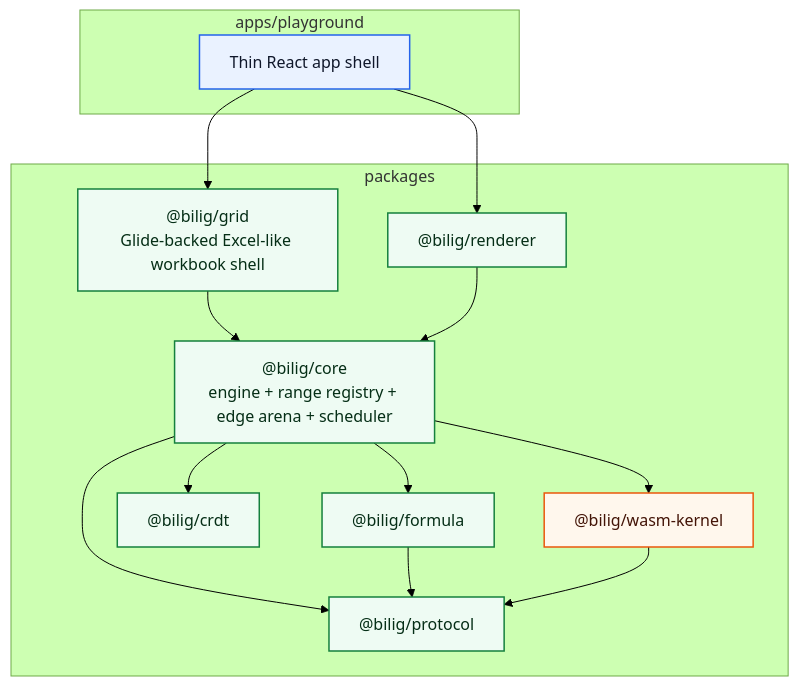
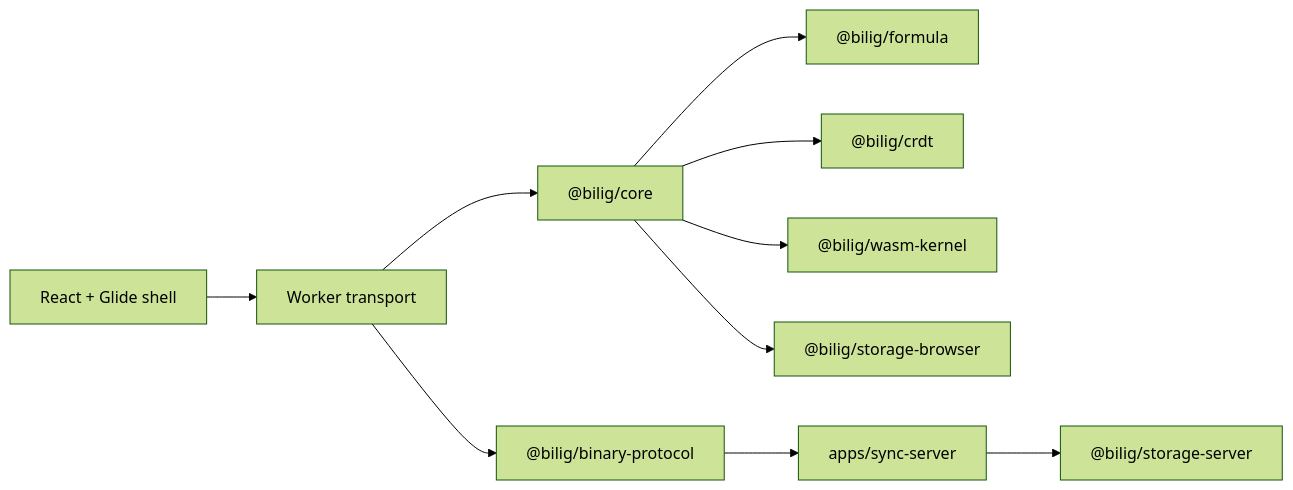
The diagram in docs/architecture.md (proompteng/bilig), drawn with Mermaid (forest theme) before and after one commit. The commit also changed other lines of this file and 48 other files, not shown here.

Commit message:
Add production sync foundation packages

````diff
--- a/docs/architecture.md
+++ b/docs/architecture.md
@@ -3,35 +5,12 @@
 ```mermaid
-flowchart TB
-  classDef react fill:#eaf2ff,stroke:#2563eb,color:#0f172a,stroke-width:1.5px
-  classDef core fill:#eefbf3,stroke:#15803d,color:#052e16,stroke-width:1.5px
-  classDef wasm fill:#fff7ed,stroke:#ea580c,color:#431407,stroke-width:1.5px
-
-  subgraph PG["apps/playground"]
-    APP["Thin React app shell"]
-  end
-
-  subgraph PKG["packages"]
-    CORE["@bilig/core<br/>engine + range registry + edge arena + scheduler"]
-    FORMULA["@bilig/formula"]
-    CRDT["@bilig/crdt"]
-    PROTOCOL["@bilig/protocol"]
-    RENDERER["@bilig/renderer"]
-    UI["@bilig/grid<br/>Glide-backed Excel-like workbook shell"]
-    WASM["@bilig/wasm-kernel"]
-  end
-
-  APP --> UI
-  APP --> RENDERER
-  UI --> CORE
-  RENDERER --> CORE
-  CORE --> FORMULA
-  CORE --> CRDT
-  CORE --> PROTOCOL
-  CORE --> WASM
-  FORMULA --> PROTOCOL
-  WASM --> PROTOCOL
-
-  class APP react
-  class CORE,FORMULA,CRDT,PROTOCOL,RENDERER,UI core
-  class WASM wasm
+flowchart LR
+  UI["React + Glide shell"] --> Worker["Worker transport"]
+  Worker --> Core["@bilig/core"]
+  Core --> Formula["@bilig/formula"]
+  Core --> CRDT["@bilig/crdt"]
+  Core --> WASM["@bilig/wasm-kernel"]
+  Core --> BrowserStore["@bilig/storage-browser"]
+  Worker --> Binary["@bilig/binary-protocol"]
+  Binary --> Sync["apps/sync-server"]
+  Sync --> ServerStore["@bilig/storage-server"]
 ```
````
